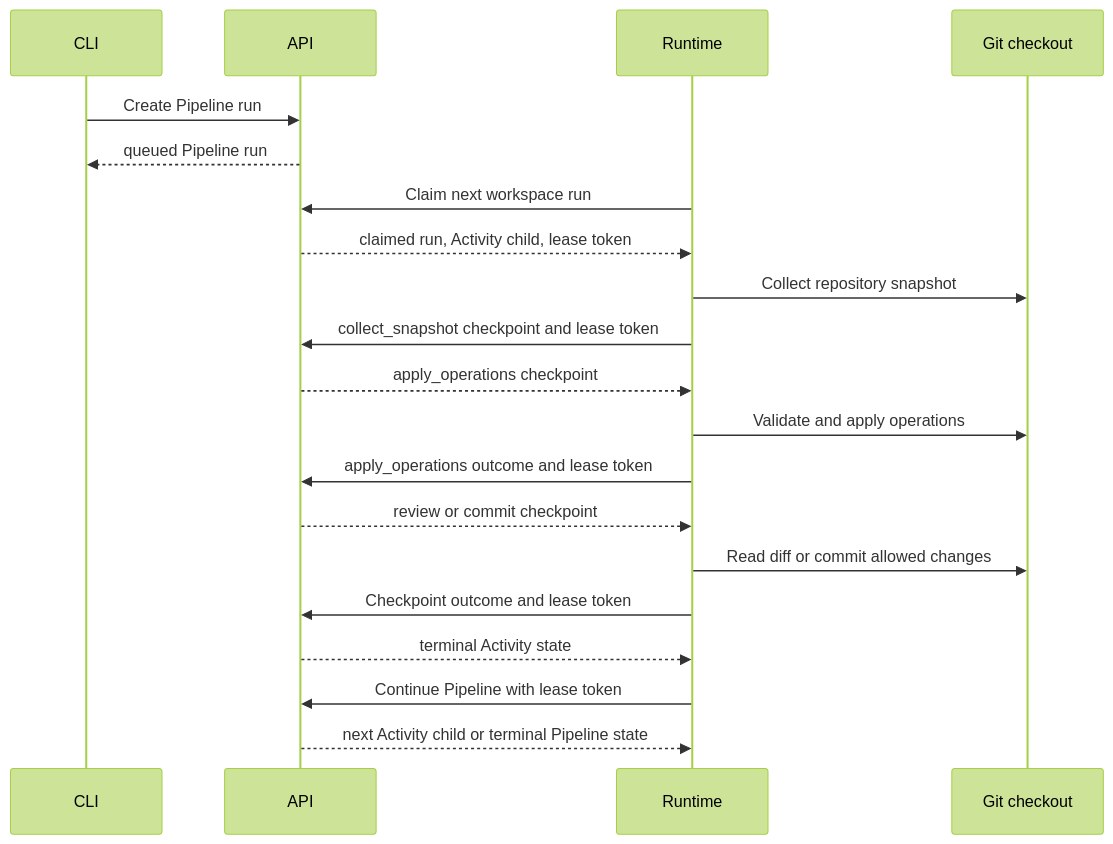
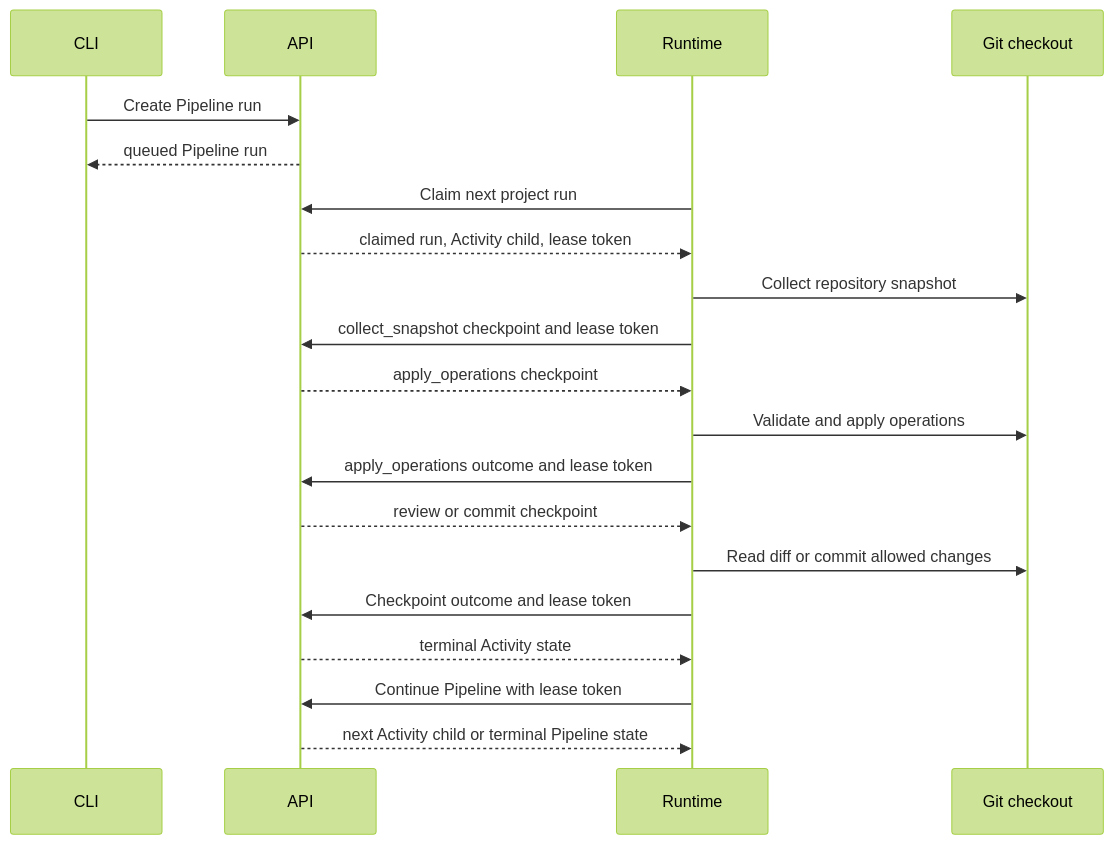
One commit to looping-louie/runtime changed the diagram in doc/lifecycle.md. Above: the diagram before and after it, drawn with Mermaid (forest theme). The commit also changed other lines of this file and 18 other files, not shown here.

````diff
--- a/doc/lifecycle.md
+++ b/doc/lifecycle.md
@@ -64,23 +64,23 @@
 ```mermaid
 sequenceDiagram
     participant C as CLI
     participant A as API
     participant R as Runtime
     participant G as Git checkout
 
     C->>A: Create Pipeline run
     A-->>C: queued Pipeline run
-    R->>A: Claim next workspace run
+    R->>A: Claim next project run
     A-->>R: claimed run, Activity child, lease token
     R->>G: Collect repository snapshot
     R->>A: collect_snapshot checkpoint and lease token
     A-->>R: apply_operations checkpoint
     R->>G: Validate and apply operations
     R->>A: apply_operations outcome and lease token
     A-->>R: review or commit checkpoint
     R->>G: Read diff or commit allowed changes
     R->>A: Checkpoint outcome and lease token
     A-->>R: terminal Activity state
     R->>A: Continue Pipeline with lease token
     A-->>R: next Activity child or terminal Pipeline state
 ```
````
